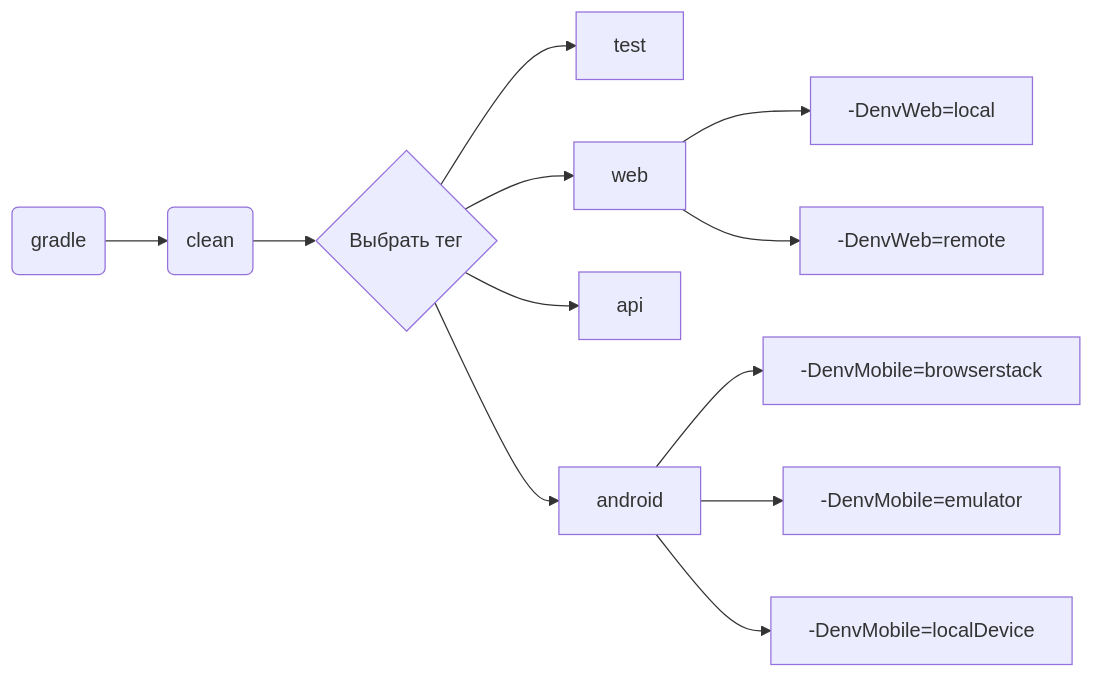
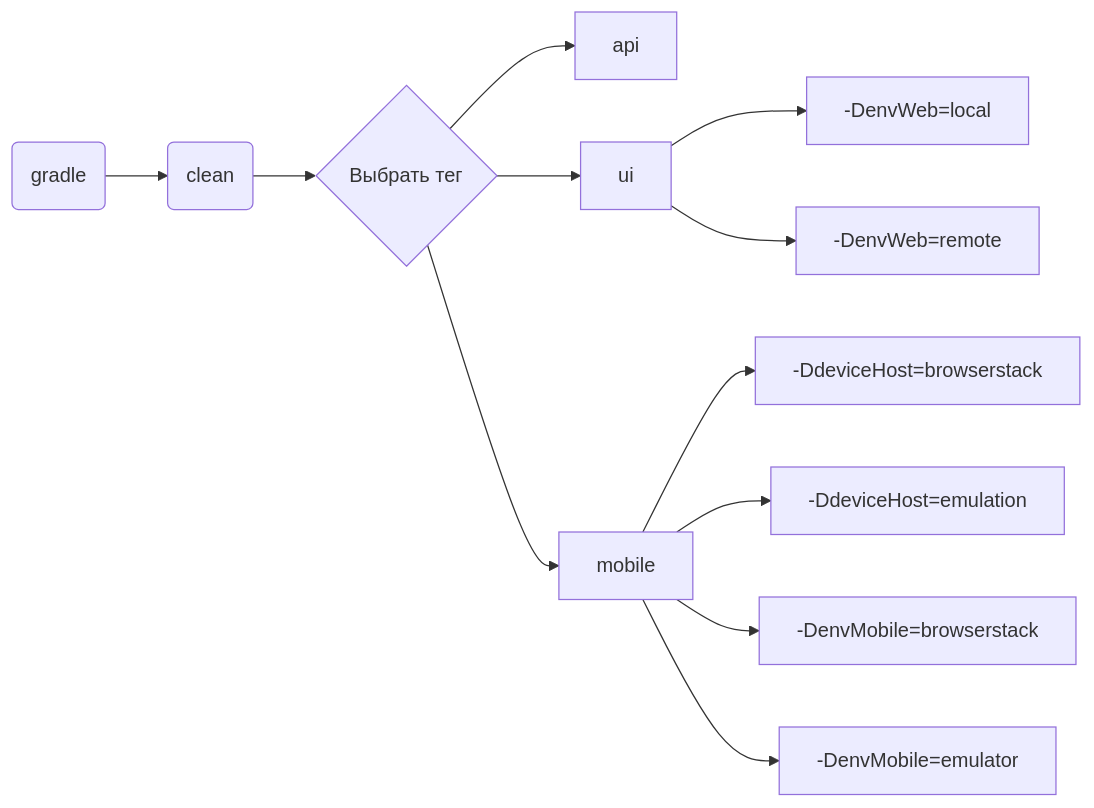
One commit to Artemy-jzs-161/pyrus_tests changed the diagram in README.md. Above: the diagram before and after it, drawn with Mermaid. The commit also changed other lines of this file and 7 other files, not shown here.

````diff
--- a/README.md
+++ b/README.md
@@ -108,14 +119,15 @@
 ```mermaid 
 flowchart LR
     A(gradle) --> B(clean)
     B --> C{Выбрать тег}
-    C --> D[test]
-    C --> E[web]
-    C --> F[api]
-    C --> G[android]
+    C --> D[api]
+    C --> E[ui]
+    C --> G[mobile]
     E --> H[-DenvWeb=local]
     E --> I[-DenvWeb=remote]
+    G --> M[-DdeviceHost=browserstack]
+    G --> N[-DdeviceHost=emulation]
     G --> J[-DenvMobile=browserstack]
     G --> K[-DenvMobile=emulator]
-    G --> L[-DenvMobile=localDevice]
+
 ```
````
